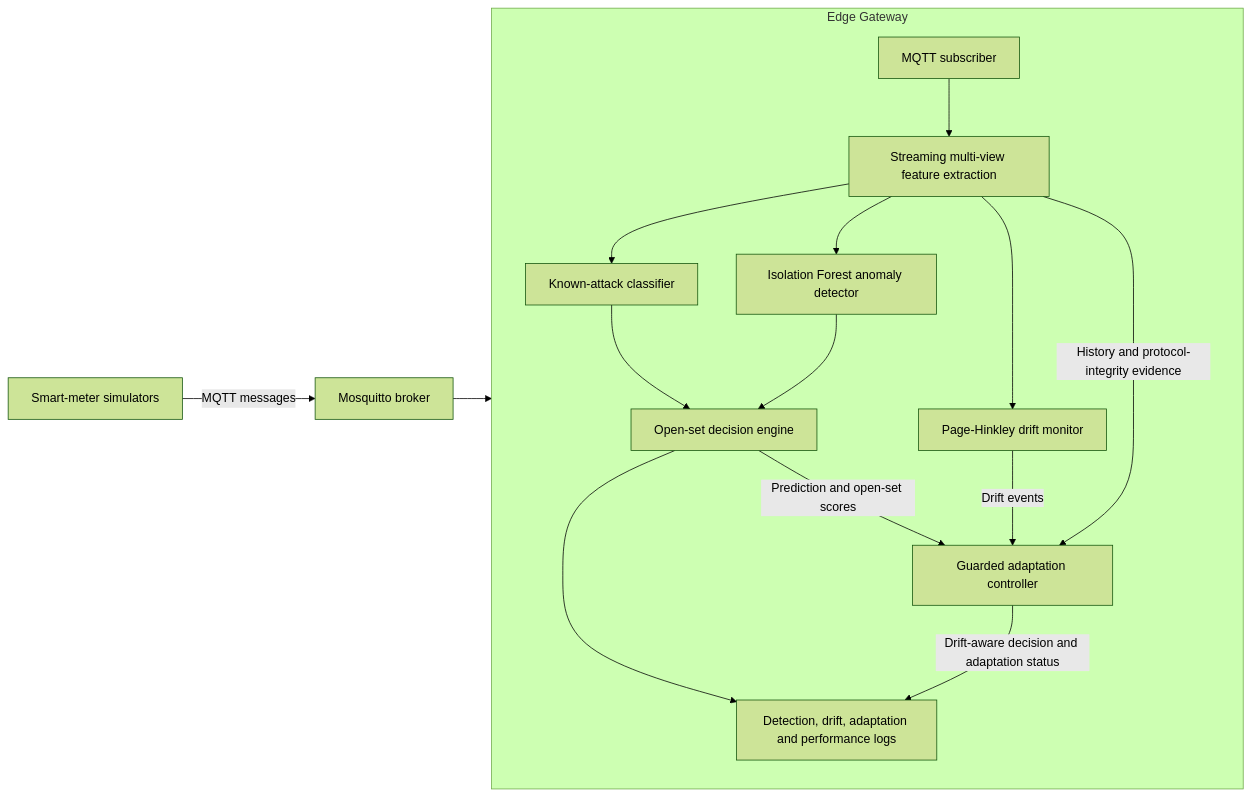
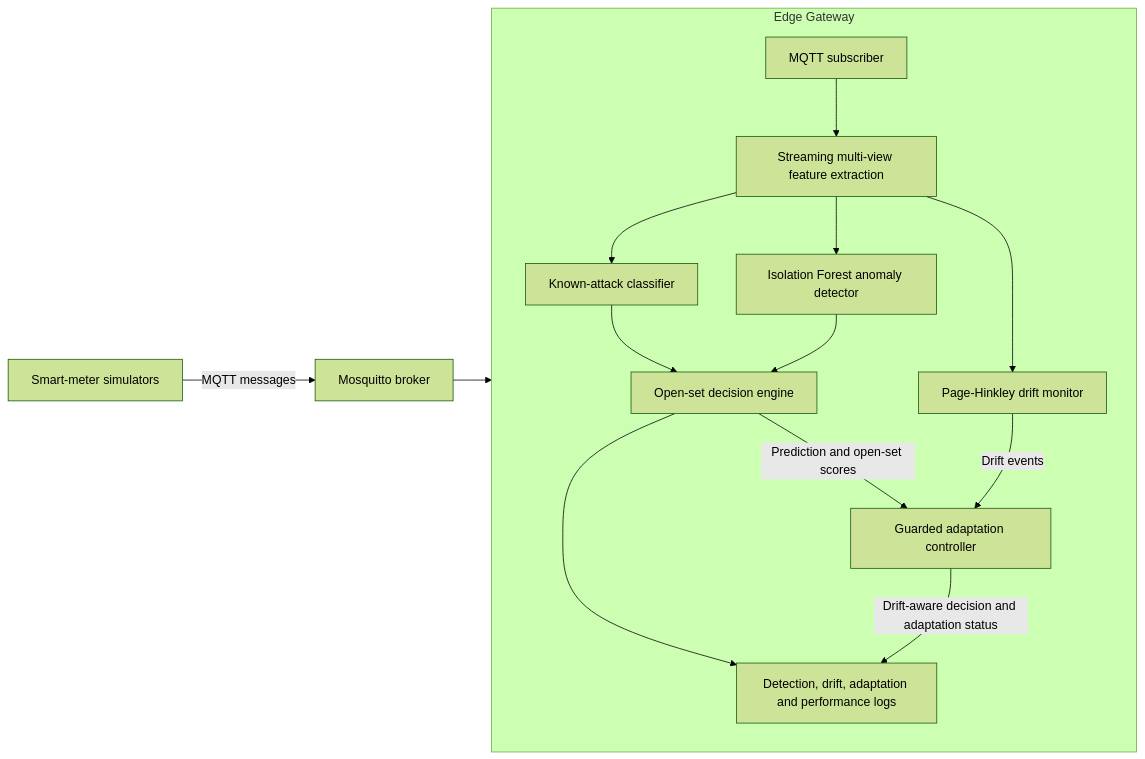
Before and after one commit to pengbo960/Smartgrid-fdi-edge: the diagram in README.md, drawn with Mermaid (forest theme).

````diff
--- a/README.md
+++ b/README.md
@@ -31,37 +31,36 @@
 ```mermaid
 flowchart LR
     S["Smart-meter simulators"]
     B["Mosquitto broker"]
 
     subgraph G["Edge Gateway"]
         C["MQTT subscriber"]
         F["Streaming multi-view feature extraction"]
 
         K["Known-attack classifier"]
         O["Isolation Forest anomaly detector"]
         D["Page-Hinkley drift monitor"]
 
         E["Open-set decision engine"]
         A["Guarded adaptation controller"]
         L["Detection, drift, adaptation and performance logs"]
 
         C --> F
 
         F --> K
         F --> O
         F --> D
-        F -->|"History and protocol-integrity evidence"| A
 
         K --> E
         O --> E
 
         E --> L
         E -->|"Prediction and open-set scores"| A
         D -->|"Drift events"| A
 
         A -->|"Drift-aware decision and adaptation status"| L
     end
 
     S -->|"MQTT messages"| B
     B --> G
 ```
````
